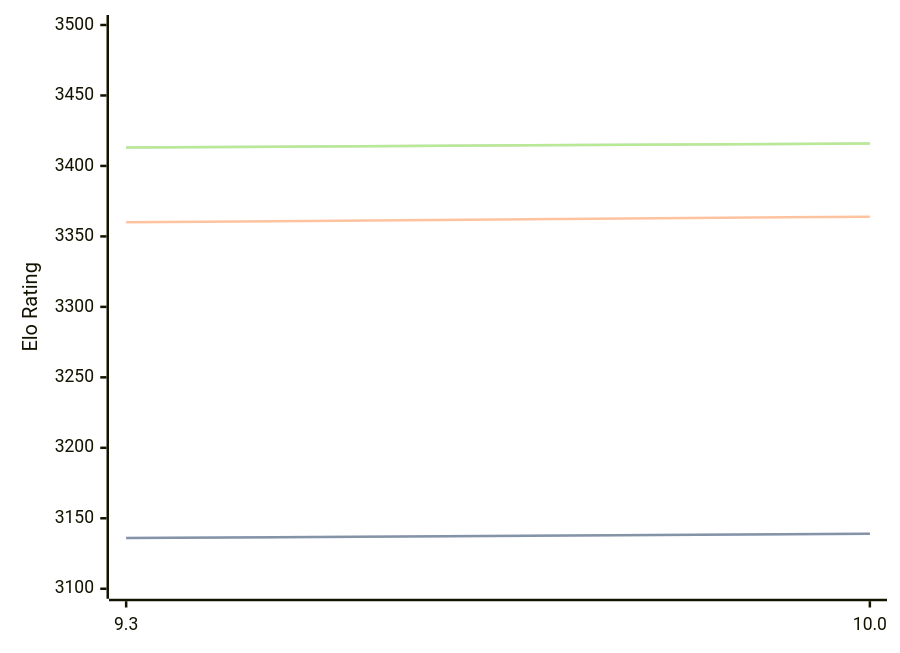
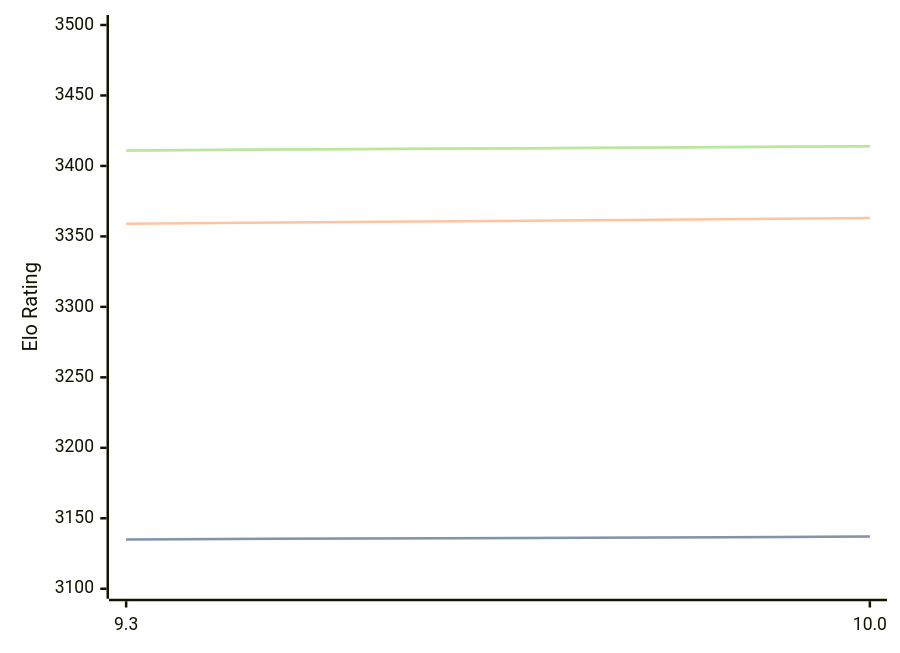
Before and after one commit to computer-chess-index/cci: the diagram in engines/Fire.md, drawn with Mermaid. The commit also changed other lines of this file, not shown here.

Commit message:
Update CCI Ratings (ELO VLTC) - 2026-06-07

````diff
--- a/engines/Fire.md
+++ b/engines/Fire.md
@@ -47,11 +47,11 @@
 ```mermaid
 %%{init: {"theme":"base","themeVariables":{"seriesColors:['#a3a3a3','#222221','#faa371']}}}%%
 xychart-beta
   x-axis ["9.3", "10.0"]
   y-axis "Elo Rating" 3100 --> 3500
-  line "STC (8.0+0.08s)" [3136, 3139]
-  line "STC (8.0+0.08s)" [3136, 3139]
-  line "LTC (60.0+0.60s)" [3360, 3364]
-  line "VLTC (2m24s+1.12s)" [3413, 3416]
-  line "VLTC (2m24s+1.12s)" [3413, 3416]
+  line "STC (8.0+0.08s)" [3135, 3137]
+  line "STC (8.0+0.08s)" [3135, 3137]
+  line "LTC (60.0+0.60s)" [3359, 3363]
+  line "VLTC (2m24s+1.12s)" [3411, 3414]
+  line "VLTC (2m24s+1.12s)" [3411, 3414]
 ```
````
